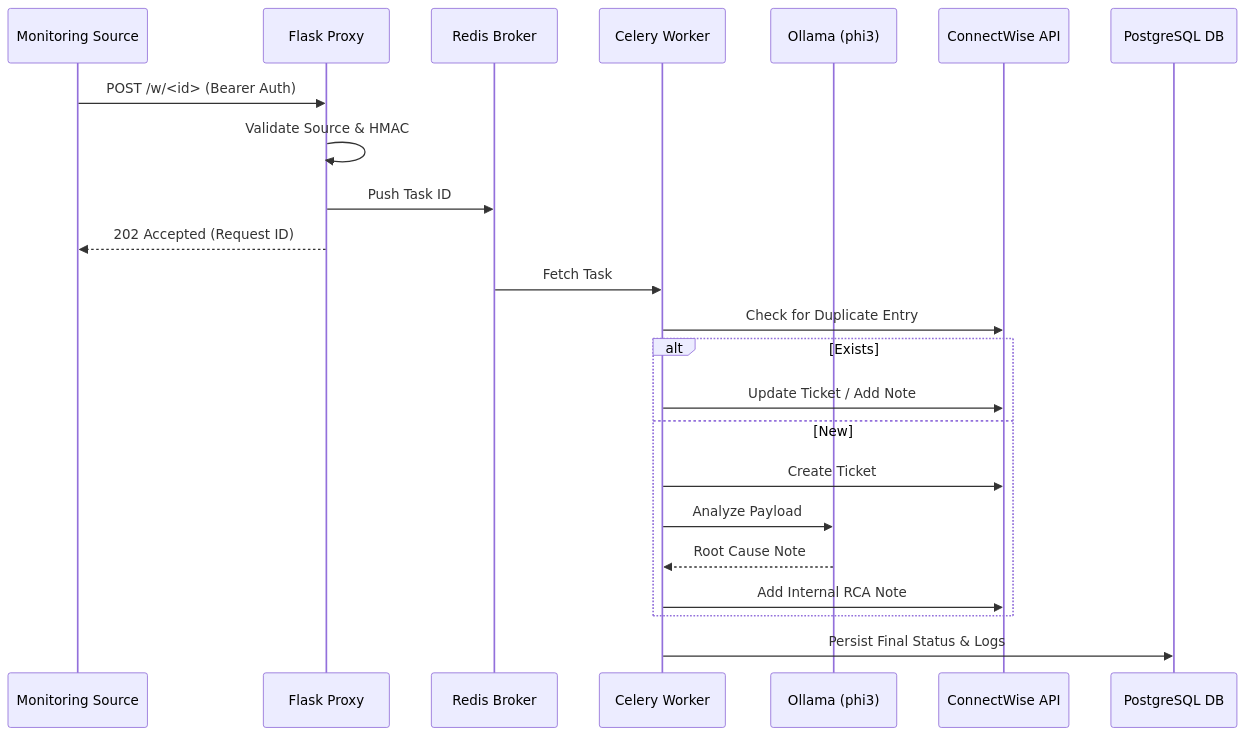
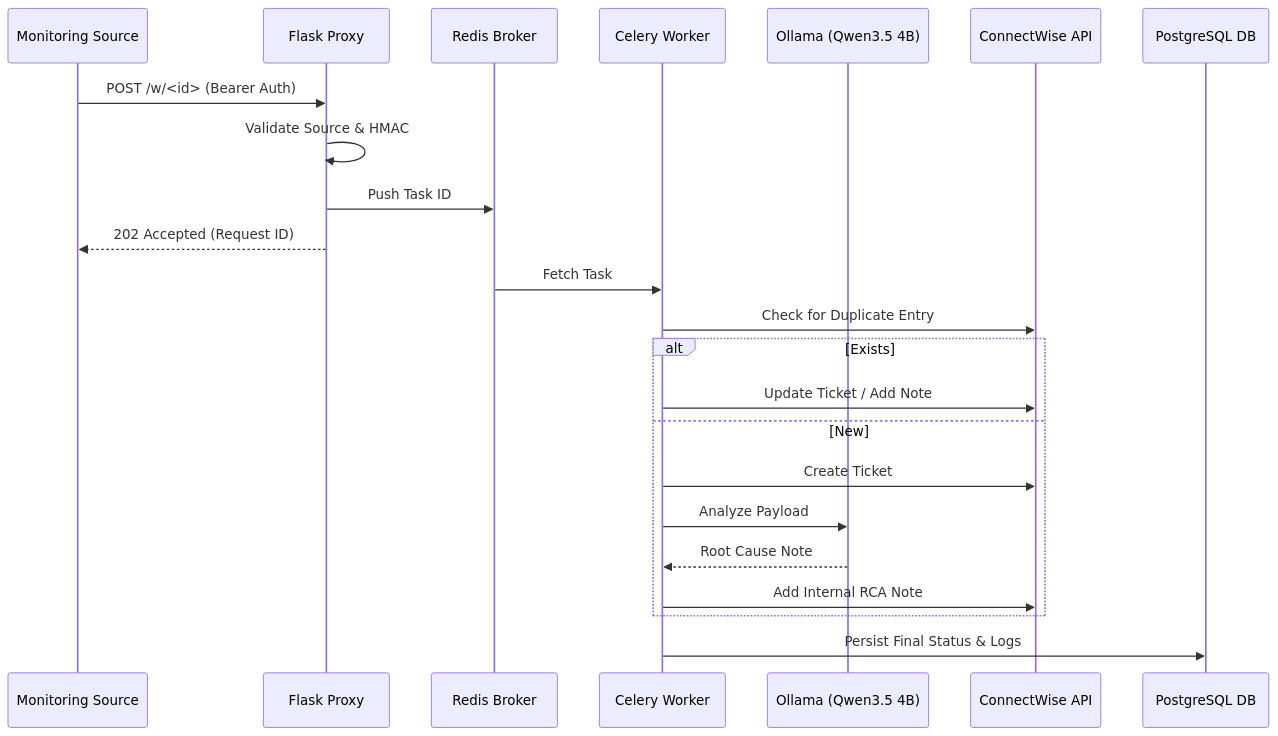
One commit to arumes31/hookwise changed the fourth of 4 diagrams in README.md. Above: the diagram before and after it, drawn with Mermaid. The commit also changed other lines of this file and 6 other files, not shown here.

````diff
--- a/README.md
+++ b/README.md
@@ -84,27 +84,27 @@
 ```mermaid
 sequenceDiagram
     participant S as Monitoring Source
     participant P as Flask Proxy
     participant R as Redis Broker
     participant W as Celery Worker
-    participant A as Ollama (phi3)
+    participant A as Ollama (Qwen3.5 4B)
     participant C as ConnectWise API
     participant D as PostgreSQL DB
 
     S->>P: POST /w/<id> (Bearer Auth)
     P->>P: Validate Source & HMAC
     P->>R: Push Task ID
     P-->>S: 202 Accepted (Request ID)
     
     R->>W: Fetch Task
     W->>C: Check for Duplicate Entry
     alt Exists
         W->>C: Update Ticket / Add Note
     else New
         W->>C: Create Ticket
         W->>A: Analyze Payload
         A-->>W: Root Cause Note
         W->>C: Add Internal RCA Note
     end
     W->>D: Persist Final Status & Logs
 ```
````
